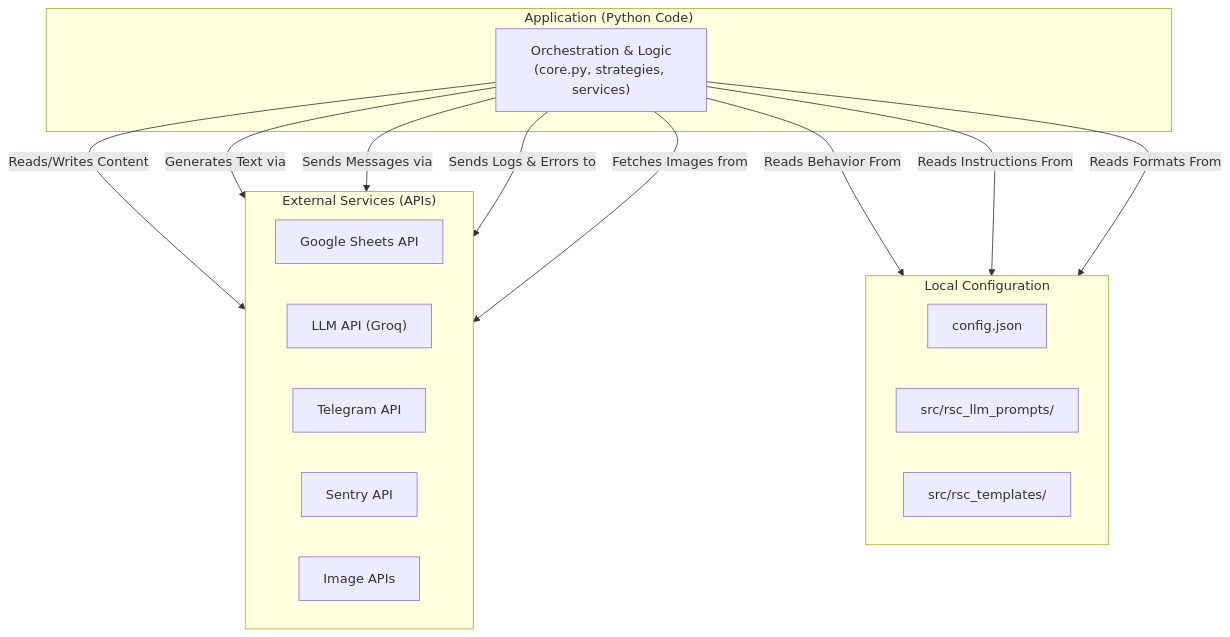
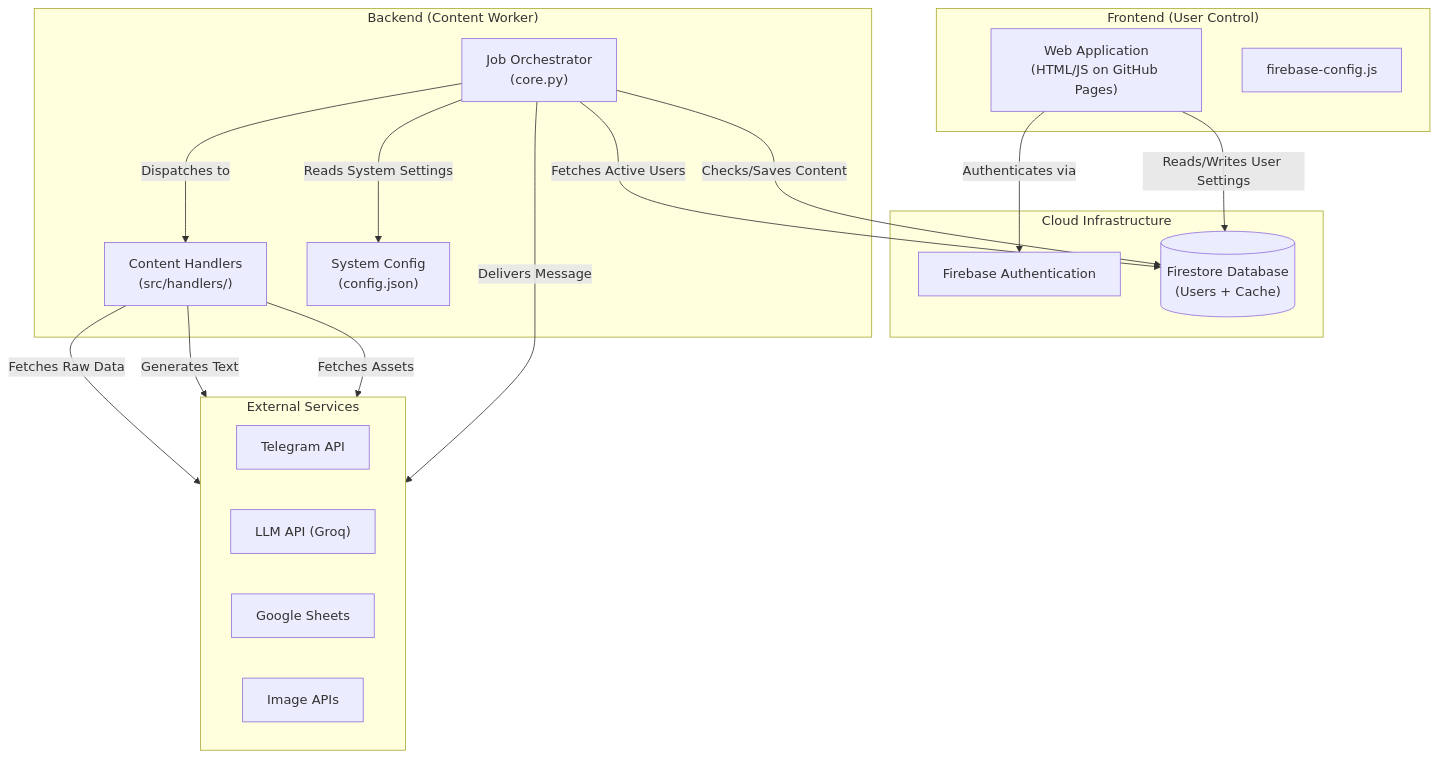
One commit to OpenXFlow/PulserBot changed the first of 3 diagrams in docs/assets/bot_flow.md. Above: the diagram before and after it, drawn with Mermaid. The commit also changed other lines of this file and 105 other files, not shown here.

First line of the commit message:
docs: update architecture to v3.0 (Hybrid) and add redirect hub

````diff
--- a/docs/assets/bot_flow.md
+++ b/docs/assets/bot_flow.md
@@ -21,31 +21,41 @@
 ```mermaid
 graph TD
-    subgraph "Application (Python Code)"
-        App["Orchestration & Logic<br>(core.py, strategies, services)"]
+    subgraph "Frontend (User Control)"
+        WebApp["Web Application<br>(HTML/JS on GitHub Pages)"]
+        AuthConfig["firebase-config.js"]
     end
 
-    subgraph "Local Configuration"
-        direction LR
-        Config["config.json"]
-        Prompts["src/rsc_llm_prompts/"]
-        Templates["src/rsc_templates/"]
+    subgraph "Cloud Infrastructure"
+        Auth["Firebase Authentication"]
+        DB[("Firestore Database<br>(Users + Cache)")]
     end
 
-    subgraph "External Services (APIs)"
+    subgraph "Backend (Content Worker)"
+        Orchestrator["Job Orchestrator<br>(core.py)"]
+        Handlers["Content Handlers<br>(src/handlers/)"]
+        Config["System Config<br>(config.json)"]
+    end
+
+    subgraph "External Services"
         direction LR
-        GSheets["Google Sheets API"]
+        Telegram["Telegram API"]
         LLM["LLM API (Groq)"]
-        Telegram["Telegram API"]
-        Sentry["Sentry API"]
+        Sheets["Google Sheets"]
         Images["Image APIs"]
     end
 
-    App -- "Reads Behavior From" --> Config
-    App -- "Reads Instructions From" --> Prompts
-    App -- "Reads Formats From" --> Templates
-    App -- "Reads/Writes Content" --> GSheets
-    App -- "Generates Text via" --> LLM
-    App -- "Sends Messages via" --> Telegram
-    App -- "Sends Logs & Errors to" --> Sentry
-    App -- "Fetches Images from" --> Images
+    %% Flows
+    WebApp -- "Authenticates via" --> Auth
+    WebApp -- "Reads/Writes User Settings" --> DB
+    
+    Orchestrator -- "Reads System Settings" --> Config
+    Orchestrator -- "Fetches Active Users" --> DB
+    Orchestrator -- "Checks/Saves Content" --> DB
+    
+    Orchestrator -- "Dispatches to" --> Handlers
+    Handlers -- "Fetches Raw Data" --> Sheets
+    Handlers -- "Generates Text" --> LLM
+    Handlers -- "Fetches Assets" --> Images
+    
+    Orchestrator -- "Delivers Message" --> Telegram
 ```
````
